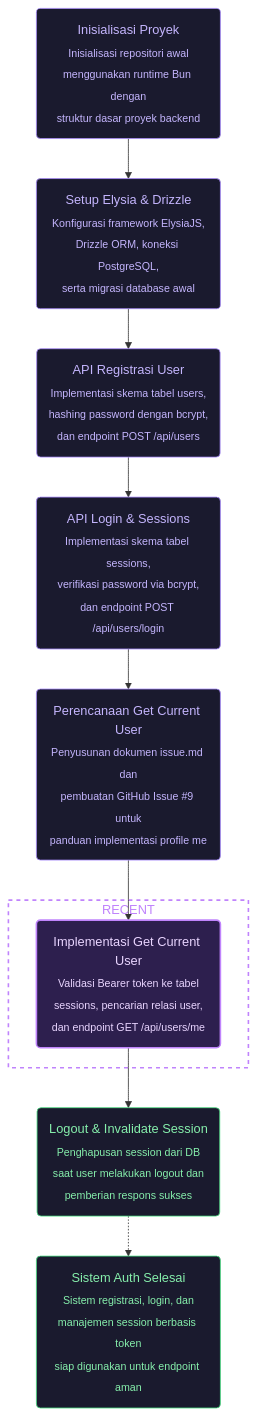
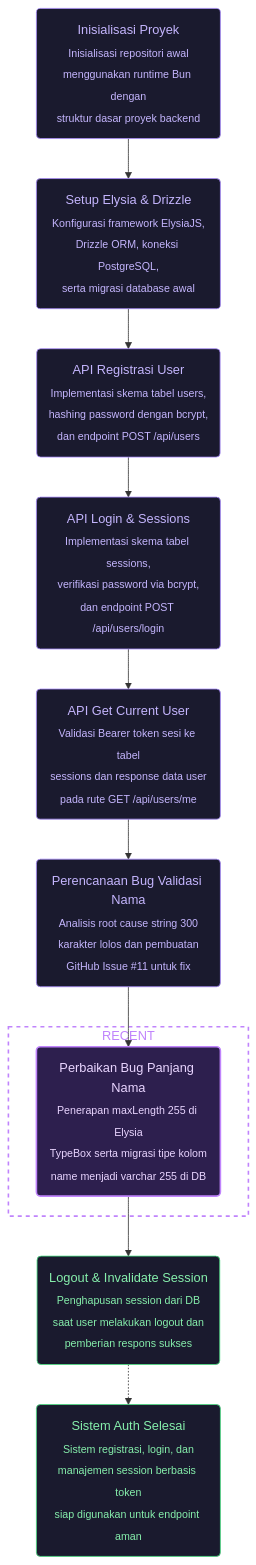
Before and after one commit to salmynestack/vibecodefirsttime: the diagram in vizvibe.mmd, drawn with Mermaid. The commit also changed 6 other files, not shown here.

Commit message:
fix: batasi panjang kolom name maksimal 255 karakter (closes #11)

```diff
--- a/vizvibe.mmd
+++ b/vizvibe.mmd
@@ -1,61 +1,66 @@
 flowchart TD
     %% === PROJECT GOALS ===
     %% Ultimate Goal: Membangun backend API autentikasi dan manajemen user berbasis Bun, ElysiaJS, dan Drizzle ORM
-    %% Current Goal: Implementasi endpoint GET current user berbasis Bearer token sesi
+    %% Current Goal: Perbaikan bug validasi panjang karakter kolom name pada registrasi user
 
     %% === START ===
     %% @project_start [start, closed, 2026-09-30, salmin]
     project_start("Inisialisasi Proyek<br/><sub>Inisialisasi repositori awal<br/>menggunakan runtime Bun dengan<br/>struktur dasar proyek backend</sub>")
 
     %% @setup_stack [ai-task, closed, 2026-09-30, salmin]
     setup_stack("Setup Elysia & Drizzle<br/><sub>Konfigurasi framework ElysiaJS,<br/>Drizzle ORM, koneksi PostgreSQL,<br/>serta migrasi database awal</sub>")
 
     %% @feature_register [ai-task, closed, 2026-09-30, salmin]
     feature_register("API Registrasi User<br/><sub>Implementasi skema tabel users,<br/>hashing password dengan bcrypt,<br/>dan endpoint POST /api/users</sub>")
 
     %% @feature_login [ai-task, closed, 2026-10-01, salmin]
     feature_login("API Login & Sessions<br/><sub>Implementasi skema tabel sessions,<br/>verifikasi password via bcrypt,<br/>dan endpoint POST /api/users/login</sub>")
 
-    %% @plan_get_user [ai-task, closed, 2026-10-01, ai]
-    plan_get_user("Perencanaan Get Current User<br/><sub>Penyusunan dokumen issue.md dan<br/>pembuatan GitHub Issue #9 untuk<br/>panduan implementasi profile me</sub>")
+    %% @feature_get_user [ai-task, closed, 2026-10-01, salmin]
+    feature_get_user("API Get Current User<br/><sub>Validasi Bearer token sesi ke tabel<br/>sessions dan response data user<br/>pada rute GET /api/users/me</sub>")
 
-    %% @impl_get_user [ai-task, closed, 2026-10-01, ai]
-    impl_get_user("Implementasi Get Current User<br/><sub>Validasi Bearer token ke tabel<br/>sessions, pencarian relasi user,<br/>dan endpoint GET /api/users/me</sub>")
+    %% @plan_bug_name_length [ai-task, closed, 2026-10-01, ai]
+    plan_bug_name_length("Perencanaan Bug Validasi Nama<br/><sub>Analisis root cause string 300<br/>karakter lolos dan pembuatan<br/>GitHub Issue #11 untuk fix</sub>")
+
+    %% @fix_bug_name_length [ai-task, closed, 2026-10-01, ai]
+    fix_bug_name_length("Perbaikan Bug Panjang Nama<br/><sub>Penerapan maxLength 255 di Elysia<br/>TypeBox serta migrasi tipe kolom<br/>name menjadi varchar 255 di DB</sub>")
 
     %% @feature_logout [ai-task, opened, 2026-10-01, user]
     feature_logout("Logout & Invalidate Session<br/><sub>Penghapusan session dari DB<br/>saat user melakukan logout dan<br/>pemberian respons sukses</sub>")
 
     %% @ultimate_goal [end, opened, 2026-10-01, user]
     ultimate_goal("Sistem Auth Selesai<br/><sub>Sistem registrasi, login, dan<br/>manajemen session berbasis token<br/>siap digunakan untuk endpoint aman</sub>")
 
     %% === CONNECTIONS ===
     project_start --> setup_stack
     setup_stack --> feature_register
     feature_register --> feature_login
-    feature_login --> plan_get_user
-    plan_get_user --> impl_get_user
-    impl_get_user --> feature_logout
+    feature_login --> feature_get_user
+    feature_get_user --> plan_bug_name_length
+    plan_bug_name_length --> fix_bug_name_length
+    fix_bug_name_length --> feature_logout
     feature_logout -.-> ultimate_goal
 
     %% === RECENT WORK HIGHLIGHT ===
     subgraph recent [RECENT]
-        impl_get_user
+        fix_bug_name_length
     end
 
     %% === STYLES ===
     %% Closed tasks (soft purple)
     style project_start fill:#1a1a2e,stroke:#a78bfa,color:#c4b5fd,stroke-width:1px
     style setup_stack fill:#1a1a2e,stroke:#a78bfa,color:#c4b5fd,stroke-width:1px
     style feature_register fill:#1a1a2e,stroke:#a78bfa,color:#c4b5fd,stroke-width:1px
     style feature_login fill:#1a1a2e,stroke:#a78bfa,color:#c4b5fd,stroke-width:1px
-    style plan_get_user fill:#1a1a2e,stroke:#a78bfa,color:#c4b5fd,stroke-width:1px
+    style feature_get_user fill:#1a1a2e,stroke:#a78bfa,color:#c4b5fd,stroke-width:1px
+    style plan_bug_name_length fill:#1a1a2e,stroke:#a78bfa,color:#c4b5fd,stroke-width:1px
 
     %% Recent node (highlighted purple)
-    style impl_get_user fill:#2d1f4e,stroke:#c084fc,color:#e9d5ff,stroke-width:2px
+    style fix_bug_name_length fill:#2d1f4e,stroke:#c084fc,color:#e9d5ff,stroke-width:2px
 
     %% Recent subgraph (dashed border)
     style recent fill:transparent,stroke:#c084fc,color:#c084fc,stroke-width:2px,stroke-dasharray:5 5
 
     %% Open tasks (soft green)
     style feature_logout fill:#1a1a2e,stroke:#4ade80,color:#86efac,stroke-width:1px
     style ultimate_goal fill:#1a1a2e,stroke:#4ade80,color:#86efac,stroke-width:1px
```
